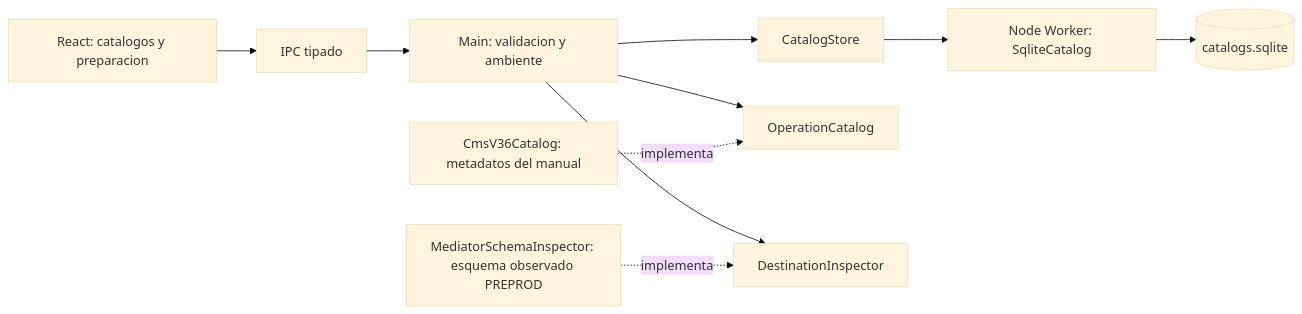
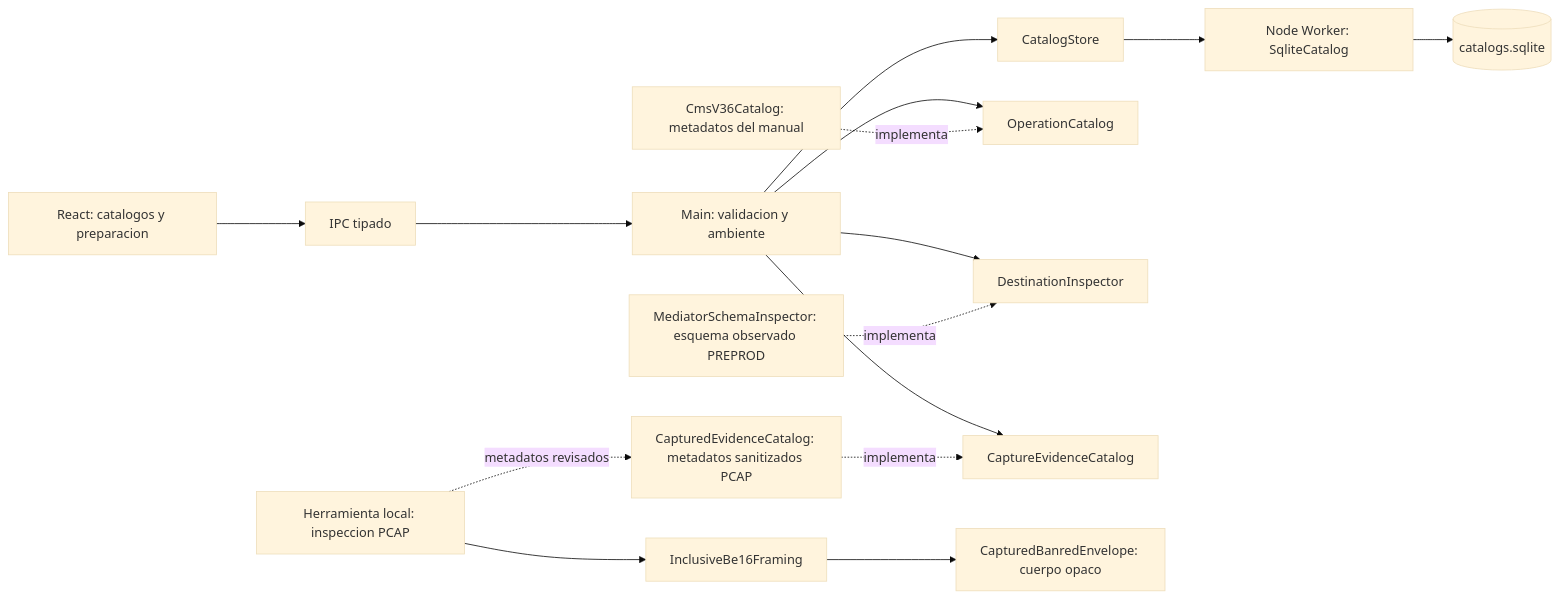
Before and after one commit to DerianDev17/SimuladorQa: the diagram in docs/architecture/COMPONENTS.md, drawn with Mermaid (base theme). The commit also changed other lines of this file and 28 other files, not shown here.

Commit message:
feat(protocol): build offline envelopes from inspected transaction captures

````diff
--- a/docs/architecture/COMPONENTS.md
+++ b/docs/architecture/COMPONENTS.md
@@ -20,12 +25,17 @@
 ```mermaid
 flowchart LR
   Renderer[React: catalogos y preparacion] --> Preload[IPC tipado]
   Preload --> Main[Main: validacion y ambiente]
   Main --> Port[CatalogStore]
   Port --> Worker[Node Worker: SqliteCatalog]
   Worker --> SQLite[(catalogs.sqlite)]
   Main --> OperationPort[OperationCatalog]
   CMS[CmsV36Catalog: metadatos del manual] -. implementa .-> OperationPort
   Main --> DestinationPort[DestinationInspector]
   Mediator[MediatorSchemaInspector: esquema observado PREPROD] -. implementa .-> DestinationPort
+  Main --> CapturePort[CaptureEvidenceCatalog]
+  Captures[CapturedEvidenceCatalog: metadatos sanitizados PCAP] -. implementa .-> CapturePort
+  Offline[Herramienta local: inspeccion PCAP] --> Framing[InclusiveBe16Framing]
+  Framing --> Envelope[CapturedBanredEnvelope: cuerpo opaco]
+  Offline -. metadatos revisados .-> Captures
 ```
````
